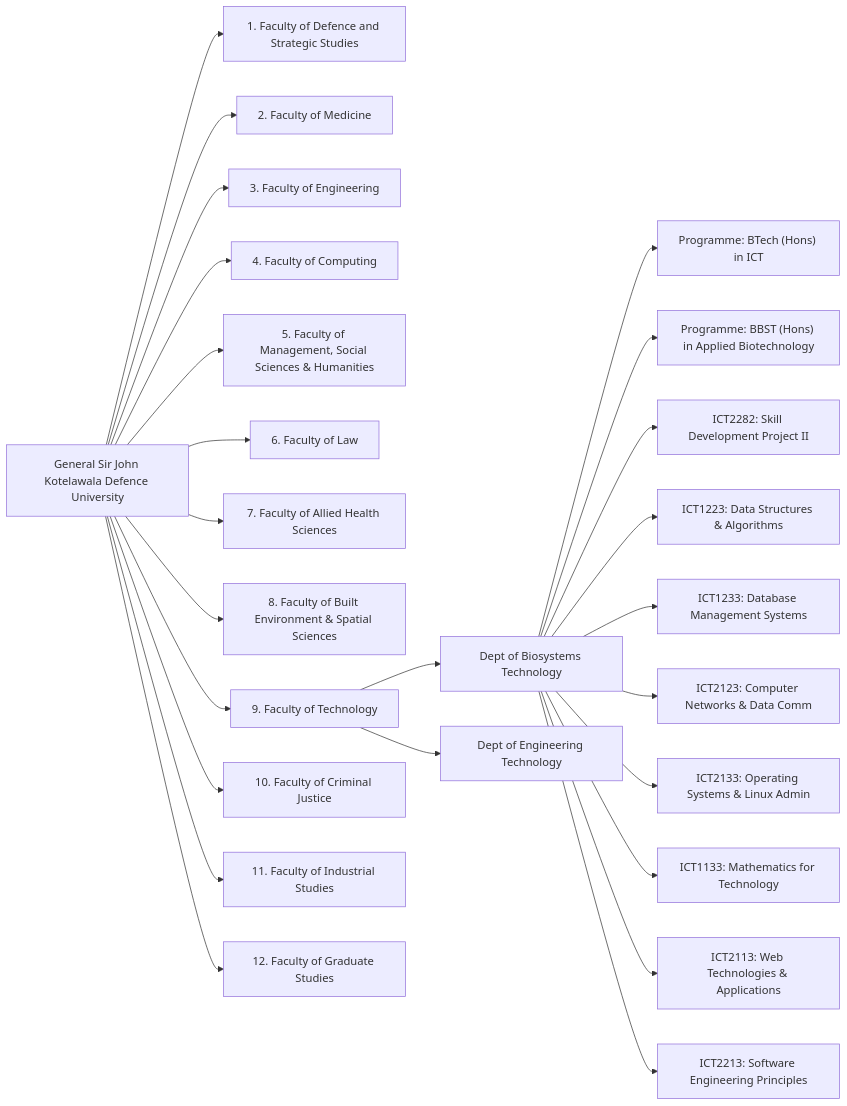
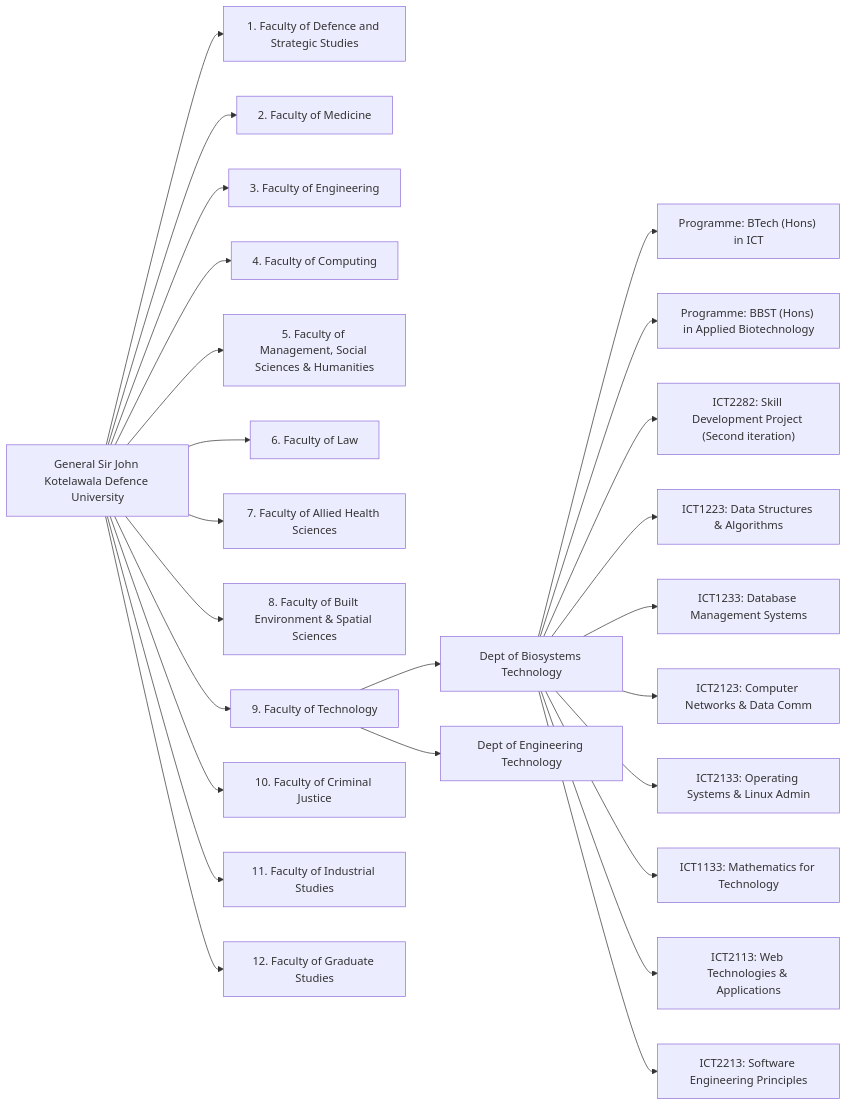
Before and after one commit to hirushadewminabandara/kdu-study-finder: the first of 3 diagrams in README.md, drawn with Mermaid. The commit also changed other lines of this file and 3 other files, not shown here.

Commit message:
docs: rename module to Skill Development Project (Second iteration)

````diff
--- a/README.md
+++ b/README.md
@@ -325,30 +325,30 @@
 ```mermaid
 graph LR
     KDU[General Sir John Kotelawala Defence University] --> FDSS[1. Faculty of Defence and Strategic Studies]
     KDU --> FOM[2. Faculty of Medicine]
     KDU --> FOE[3. Faculty of Engineering]
     KDU --> FOC[4. Faculty of Computing]
     KDU --> FMSH[5. Faculty of Management, Social Sciences & Humanities]
     KDU --> FOL[6. Faculty of Law]
     KDU --> FAHS[7. Faculty of Allied Health Sciences]
     KDU --> FBESS[8. Faculty of Built Environment & Spatial Sciences]
     KDU --> FOT[9. Faculty of Technology]
     KDU --> FCJ[10. Faculty of Criminal Justice]
     KDU --> FIS[11. Faculty of Industrial Studies]
     KDU --> FGS[12. Faculty of Graduate Studies]
 
     FOT --> DBST[Dept of Biosystems Technology]
     FOT --> DET[Dept of Engineering Technology]
 
     DBST --> P1["Programme: BTech (Hons) in ICT"]
     DBST --> P2["Programme: BBST (Hons) in Applied Biotechnology"]
 
-    DBST --> M1[ICT2282: Skill Development Project II]
+    DBST --> M1["ICT2282: Skill Development Project (Second iteration)"]
     DBST --> M2[ICT1223: Data Structures & Algorithms]
     DBST --> M3[ICT1233: Database Management Systems]
     DBST --> M4[ICT2123: Computer Networks & Data Comm]
     DBST --> M5[ICT2133: Operating Systems & Linux Admin]
     DBST --> M6[ICT1133: Mathematics for Technology]
     DBST --> M7[ICT2113: Web Technologies & Applications]
     DBST --> M8[ICT2213: Software Engineering Principles]
 ```
````
